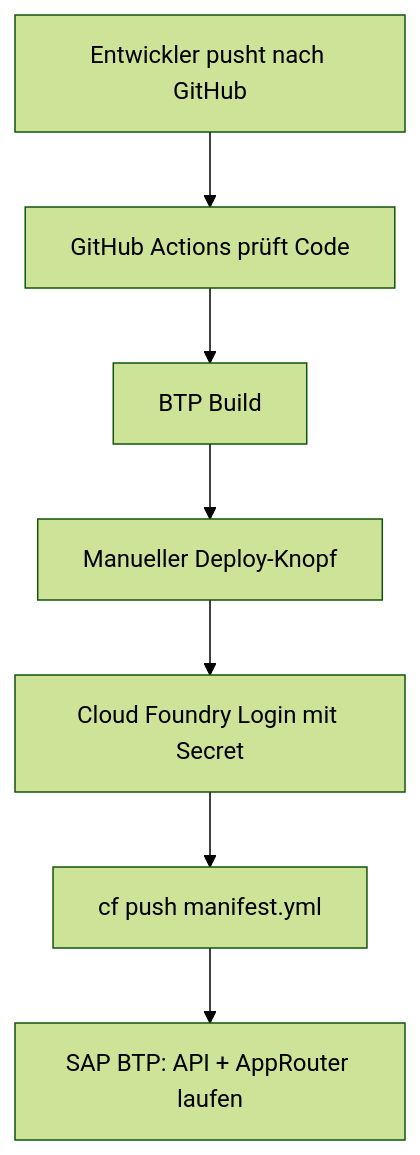
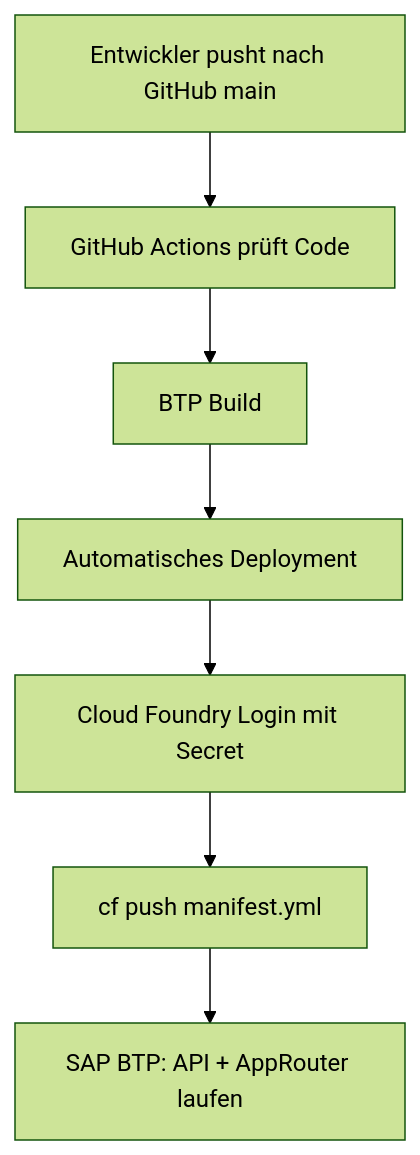
One commit to Abdulrahmankhaled1111/SAP-Autohaus-Hessen changed the diagram in docs/CICD_DEPLOYMENT.md. Above: the diagram before and after it, drawn with Mermaid (forest theme). The commit also changed other lines of this file and 1 other file, not shown here.

Commit message:
Deploy automatically on main pushes

````diff
--- a/docs/CICD_DEPLOYMENT.md
+++ b/docs/CICD_DEPLOYMENT.md
@@ -98,9 +109,9 @@
 ```mermaid
 flowchart TD
-  A["Entwickler pusht nach GitHub"] --> B["GitHub Actions prüft Code"]
+  A["Entwickler pusht nach GitHub main"] --> B["GitHub Actions prüft Code"]
   B --> C["BTP Build"]
-  C --> D["Manueller Deploy-Knopf"]
+  C --> D["Automatisches Deployment"]
   D --> E["Cloud Foundry Login mit Secret"]
   E --> F["cf push manifest.yml"]
   F --> G["SAP BTP: API + AppRouter laufen"]
 ```
````
